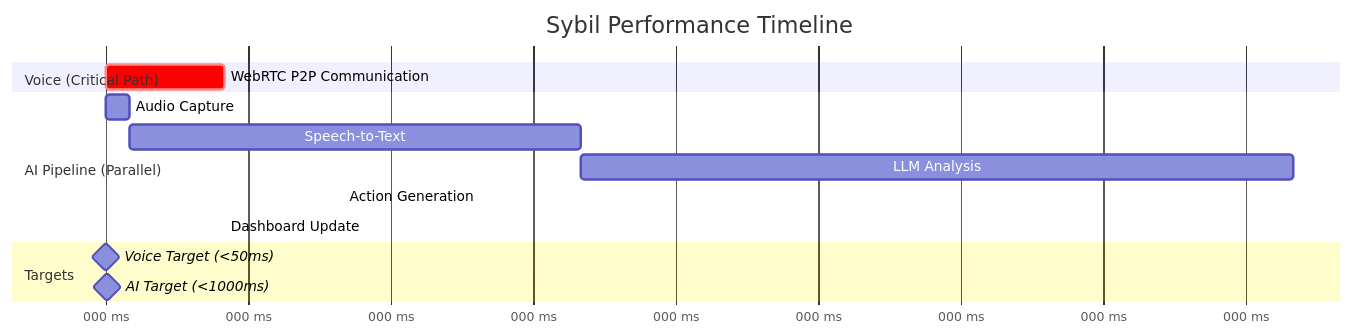
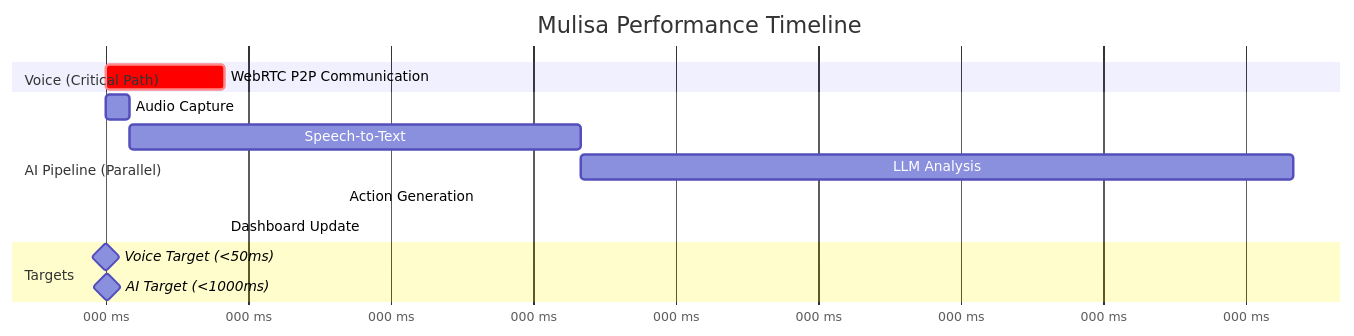
Before and after one commit to AllardQuek/AI-Concierge: the diagram in docs/architecture/diagrams/performance-latency.mmd, drawn with Mermaid. The commit also changed 43 other files, not shown here.

```diff
--- a/docs/architecture/diagrams/performance-latency.mmd
+++ b/docs/architecture/diagrams/performance-latency.mmd
@@ -1,18 +1,18 @@
 gantt
-    title Sybil Performance Timeline
+    title Mulisa Performance Timeline
     dateFormat X
     axisFormat %L ms
     
     section Voice (Critical Path)
     WebRTC P2P Communication    :crit, voice, 0, 50
     
     section AI Pipeline (Parallel)
     Audio Capture               :ai1, 0, 10
     Speech-to-Text              :ai2, after ai1, 200
     LLM Analysis                :ai3, after ai2, 500  
     Action Generation           :ai4, after ai3, 100
     Dashboard Update            :ai5, after ai4, 50
     
     section Targets
     Voice Target (<50ms)        :milestone, target1, 50, 0
     AI Target (<1000ms)         :milestone, target2, 860, 0
```
